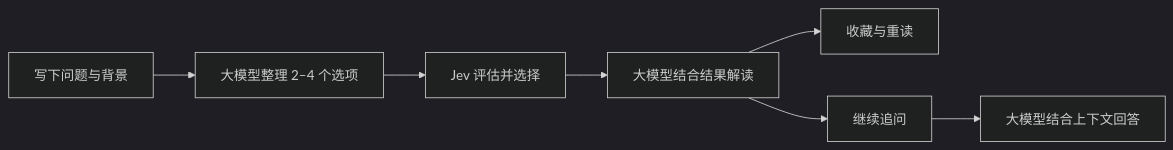
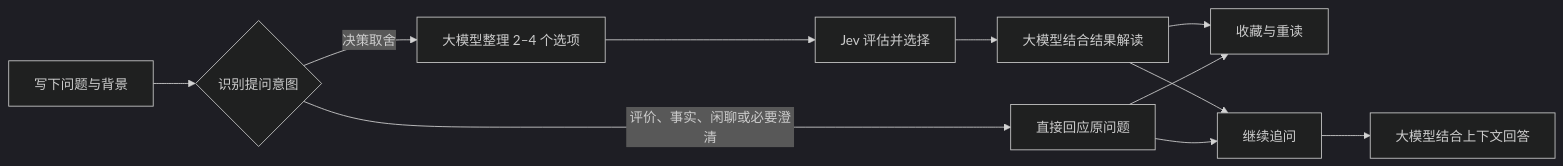
Before and after one commit to csskrtao/jev-to-answer: the diagram in README.md, drawn with Mermaid (dark theme). The commit also changed other lines of this file, not shown here.

````diff
--- a/README.md
+++ b/README.md
@@ -120,9 +181,13 @@
 ```mermaid
 flowchart LR
-    A[写下问题与背景] --> B[大模型整理 2–4 个选项]
+    A[写下问题与背景] --> I{识别提问意图}
+    I -->|决策取舍| B[大模型整理 2–4 个选项]
+    I -->|评价、事实、闲聊或必要澄清| H[直接回应原问题]
     B --> C[Jev 评估并选择]
     C --> D[大模型结合结果解读]
     D --> E[收藏与重读]
     D --> F[继续追问]
+    H --> E
+    H --> F
     F --> G[大模型结合上下文回答]
 ```
````
